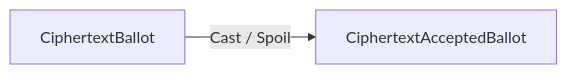
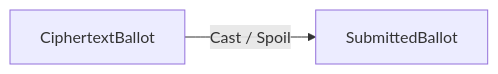
Before and after one commit to vishalbelsare/electionguard: the second of 5 diagrams in docs/guide/Charts.md, drawn with Mermaid. The commit also changed other lines of this file, not shown here.

Commit message:
Update Charts

````diff
--- a/docs/guide/Charts.md
+++ b/docs/guide/Charts.md
@@ -5,4 +12,4 @@
 ```mermaid
 graph LR
-    CiphertextBallot -- Cast / Spoil --> CiphertextAcceptedBallot
+    CiphertextBallot -- Cast / Spoil --> SubmittedBallot
 ```
````
